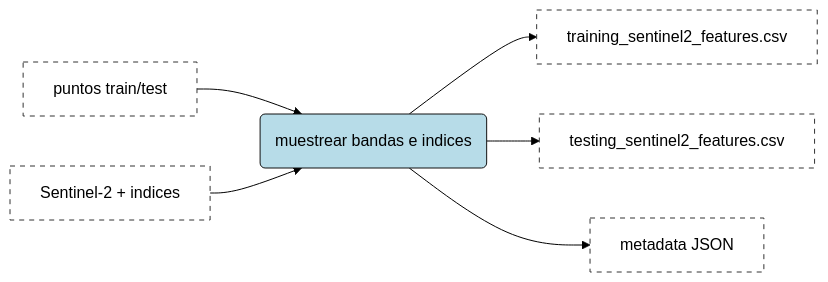
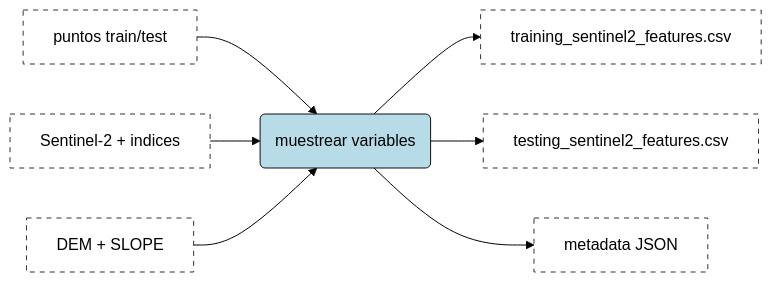
One commit to KevinReyes95-04/Proyecto_programacionSIG changed the sixth of 16 diagrams in docs/proyecto_final.qmd. Above: the diagram before and after it, drawn with Mermaid (forest theme). The commit also changed other lines of this file and 26 other files, not shown here.

````diff
--- a/docs/proyecto_final.qmd
+++ b/docs/proyecto_final.qmd
@@ -483,10 +529,11 @@
 ```{mermaid}
 flowchart LR
-  pts["puntos train/test"]:::data --> ext("muestrear bandas e indices"):::node
+  pts["puntos train/test"]:::data --> ext("muestrear variables"):::node
   ras["Sentinel-2 + indices"]:::data --> ext
+  topo["DEM + SLOPE"]:::data --> ext
   ext --> train["training_sentinel2_features.csv"]:::data
   ext --> test["testing_sentinel2_features.csv"]:::data
   ext --> meta["metadata JSON"]:::data
   classDef data fill:#ffffff,stroke:#333,stroke-dasharray:5 5;
   classDef node fill:#b7dce8,stroke:#111;
 ```
````
